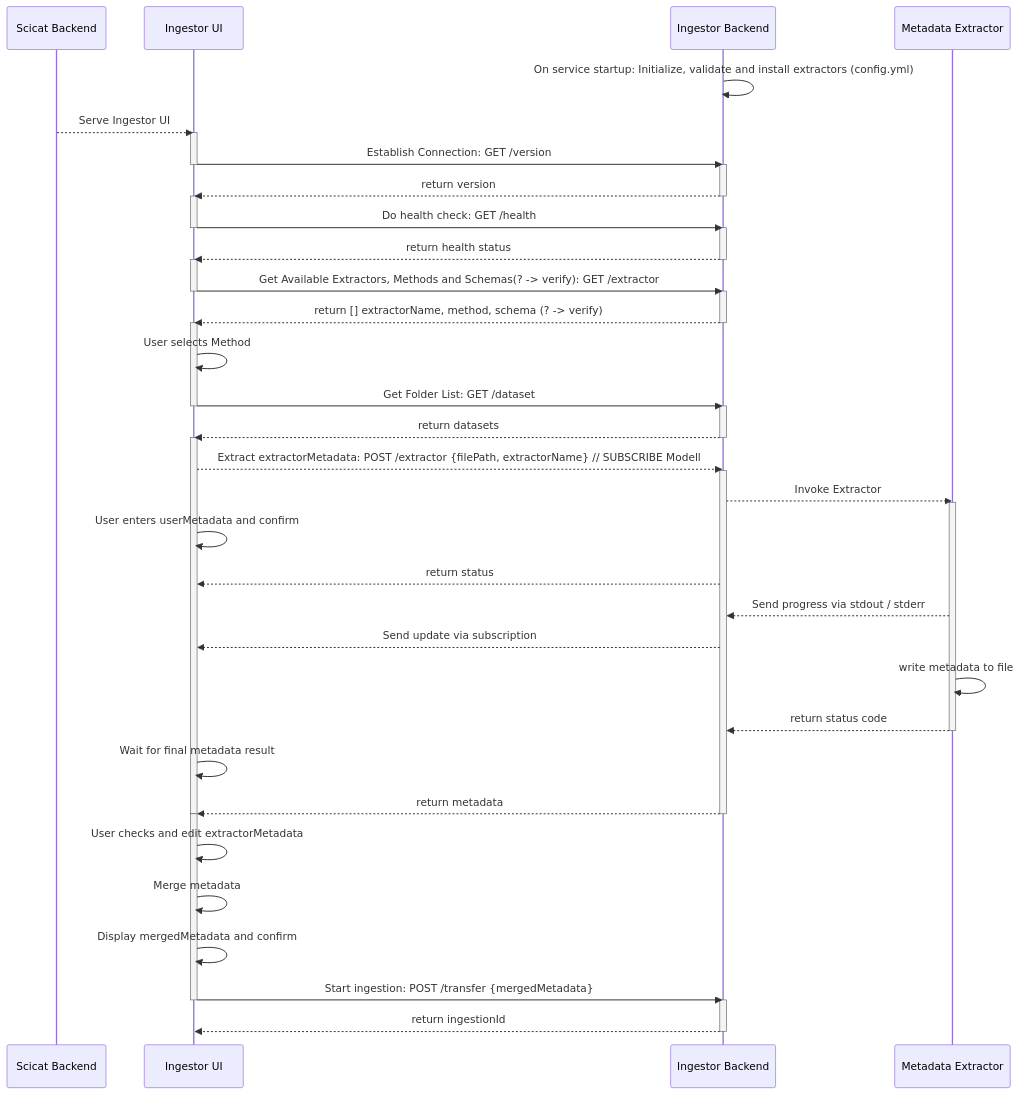
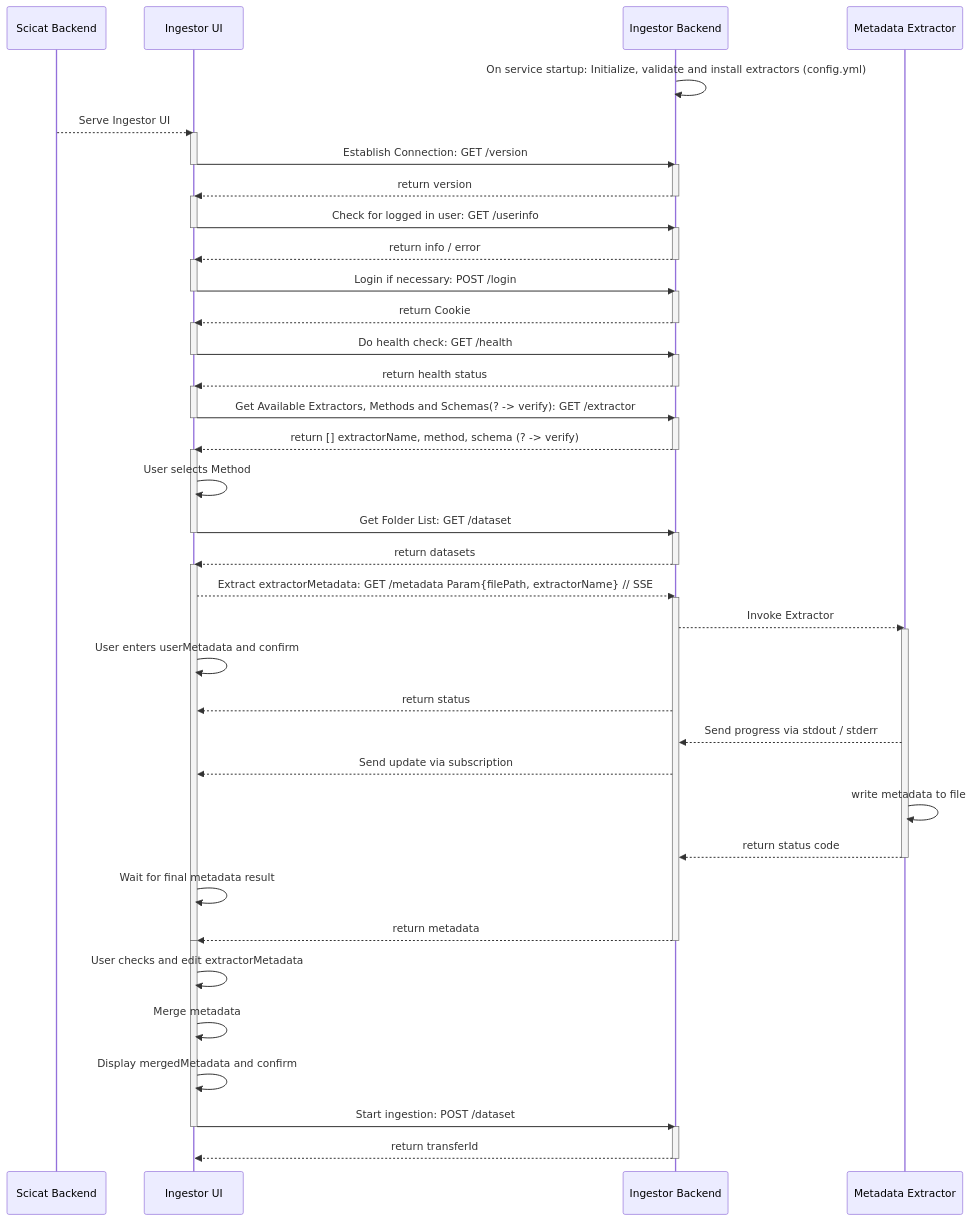
The diagram in docs/developer_docs/uiWorkflowSequence.md (SwissOpenEM/openem-docs), drawn with Mermaid before and after one commit. The commit also changed other lines of this file, not shown here.

Commit message:
Update sequence diagram

````diff
--- a/docs/developer_docs/uiWorkflowSequence.md
+++ b/docs/developer_docs/uiWorkflowSequence.md
@@ -21,62 +24,77 @@
 ```mermaid
 sequenceDiagram
   participant S as Scicat Backend
-  participant U as Ingestor UI 
-  participant B as Ingestor Backend 
+  participant U as Ingestor UI
+  participant B as Ingestor Backend
   participant M as Metadata Extractor
     B ->> B: On service startup: Initialize, validate and install extractors (config.yml)
     S -->> U: Serve Ingestor UI
     activate U
     U ->> B: Establish Connection: GET /version
     deactivate U
     activate B
     B -->> U: return version
     deactivate B
+
+    activate U
+    U ->> B: Check for logged in user: GET /userinfo
+    deactivate U
+    activate B
+    B -->> U: return info / error
+    deactivate B
+
+    activate U
+    U ->> B: Login if necessary: POST /login
+    deactivate U
+    activate B
+    B -->> U: return Cookie
+    deactivate B
+
     activate U
     U ->> B: Do health check: GET /health
     deactivate U
     activate B
     B -->> U: return health status
     deactivate B
     activate U
     U ->> B: Get Available Extractors, Methods and Schemas(? -> verify): GET /extractor
     deactivate U
     activate B
     B -->> U: return [] extractorName, method, schema (? -> verify)
     deactivate B
     activate U
     U ->> U: User selects Method
     U ->> B: Get Folder List: GET /dataset
     deactivate U
     activate B
     B -->> U: return datasets
     deactivate B
 
     activate U
-    U -->> B: Extract extractorMetadata: POST /extractor {filePath, extractorName} // SUBSCRIBE Modell
+    U -->> B: Extract extractorMetadata: GET /metadata Param{filePath, extractorName} // SSE 
     activate B
     B -->> M: Invoke Extractor
     activate M
     U ->> U: User enters userMetadata and confirm
     B -->> U: return status
     M -->> B: Send progress via stdout / stderr
     B -->> U: Send update via subscription
     M ->> M: write metadata to file
     M -->> B: return status code
     deactivate M
     U ->> U: Wait for final metadata result
     B -->> U: return metadata
     deactivate B
     deactivate U
 
     activate U
     U ->> U: User checks and edit extractorMetadata
     U ->> U: Merge metadata
     U ->> U: Display mergedMetadata and confirm
-    U ->> B: Start ingestion: POST /transfer {mergedMetadata}
+    U ->> B: Start ingestion: POST /dataset
     deactivate U
     activate B
-    B -->> U: return ingestionId
+    B -->> U: return transferId
     deactivate B
-    
+
 ```
````
